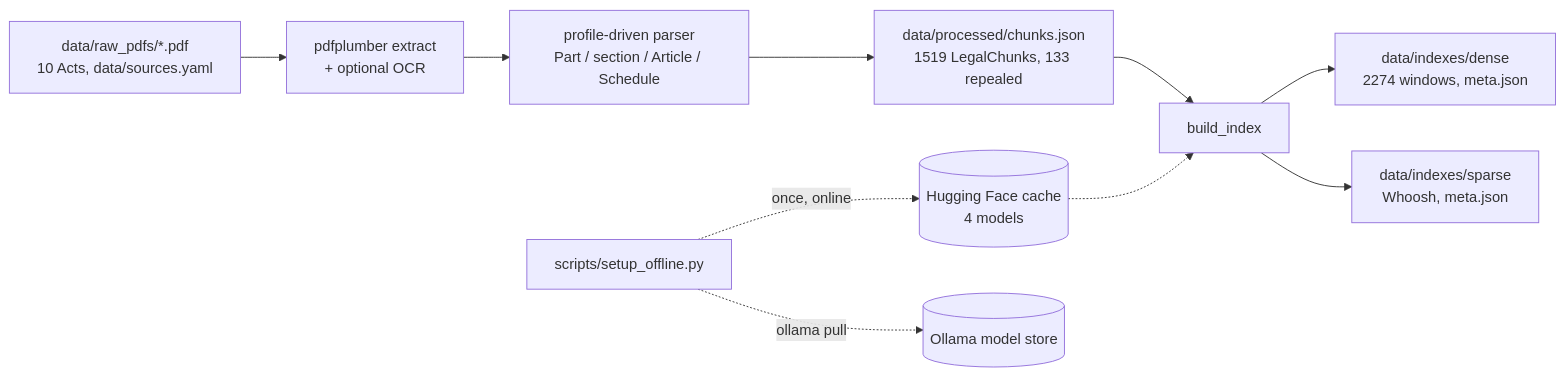
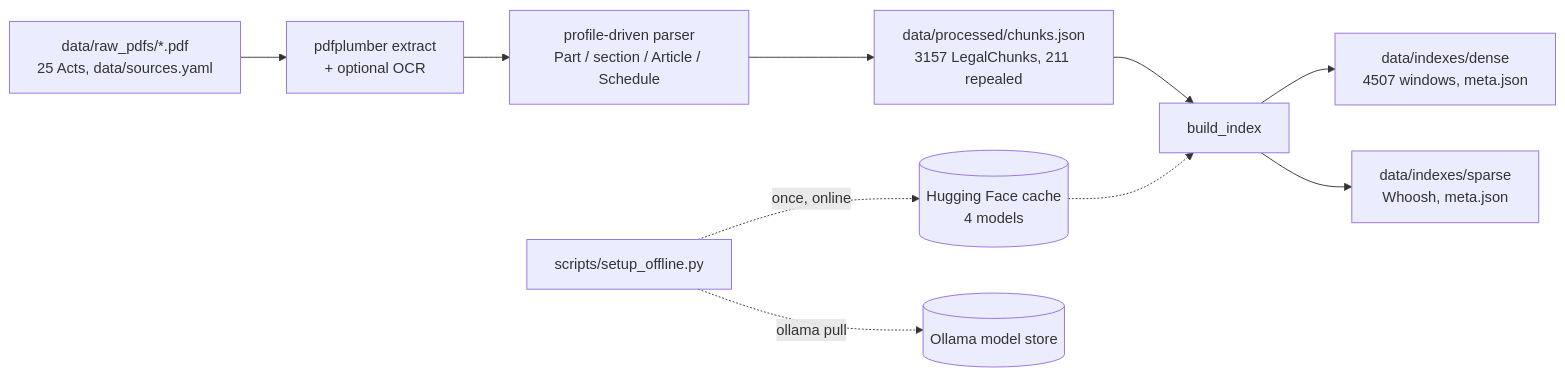
The second of 2 diagrams in docs/ARCHITECTURE_AS_BUILT.md (raykl640/ICS-PROJECT), drawn with Mermaid before and after one commit. The commit also changed 16 other files, not shown here.

````diff
--- a/docs/ARCHITECTURE_AS_BUILT.md
+++ b/docs/ARCHITECTURE_AS_BUILT.md
@@ -46,12 +46,12 @@
 ```mermaid
 flowchart LR
-    PDF[data/raw_pdfs/*.pdf<br/>10 Acts, data/sources.yaml] --> EX[pdfplumber extract<br/>+ optional OCR]
+    PDF[data/raw_pdfs/*.pdf<br/>25 Acts, data/sources.yaml] --> EX[pdfplumber extract<br/>+ optional OCR]
     EX --> PA[profile-driven parser<br/>Part / section / Article / Schedule]
-    PA --> CH[data/processed/chunks.json<br/>1519 LegalChunks, 133 repealed]
+    PA --> CH[data/processed/chunks.json<br/>3157 LegalChunks, 211 repealed]
     CH --> BI[build_index]
-    BI --> FA[data/indexes/dense<br/>2274 windows, meta.json]
+    BI --> FA[data/indexes/dense<br/>4507 windows, meta.json]
     BI --> WH[data/indexes/sparse<br/>Whoosh, meta.json]
     HF[(Hugging Face cache<br/>4 models)] -.-> BI
     SO[scripts/setup_offline.py] -.->|once, online| HF
     SO -.->|ollama pull| OL[(Ollama model store)]
 ```
````
